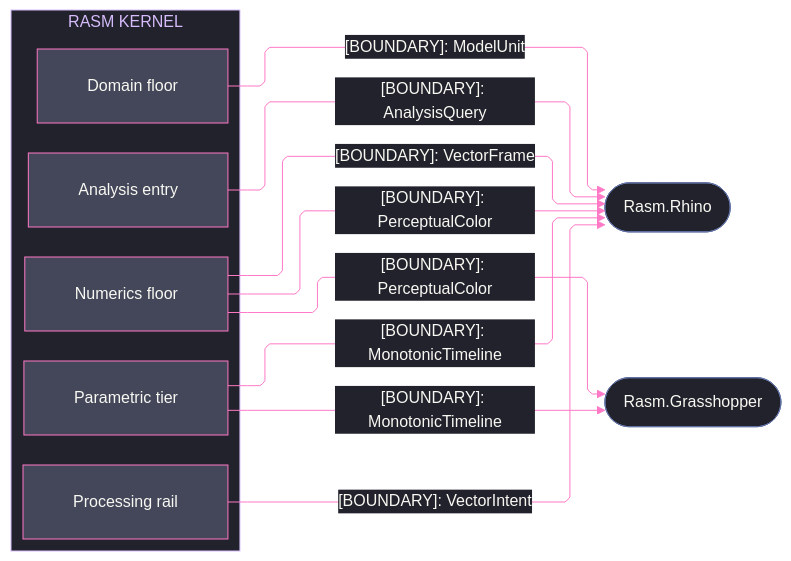
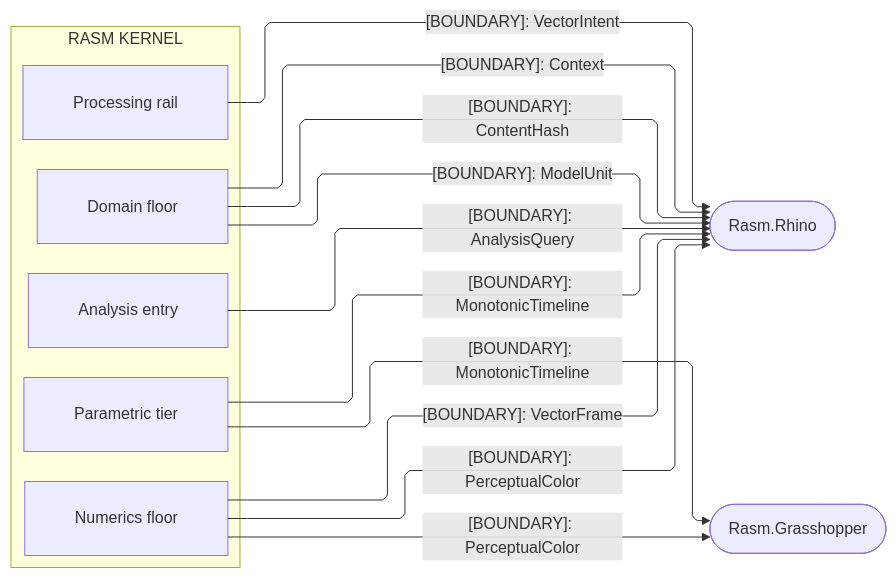
One commit to bsamiee/Rasm changed the fourth of 4 diagrams in libs/csharp/Rasm/ARCHITECTURE.md. Above: the diagram before and after it, drawn with Mermaid. The commit also changed other lines of this file and 460 other files, not shown here.

````diff
--- a/libs/csharp/Rasm/ARCHITECTURE.md
+++ b/libs/csharp/Rasm/ARCHITECTURE.md
@@ -298,54 +212,31 @@
 ```mermaid
 ---
 config:
-  theme: base
-  look: classic
   layout: elk
   flowchart:
     curve: linear
     padding: 25
-  themeVariables:
-    darkMode: true
-    fontFamily: "SF Mono, Menlo, Cascadia Mono, Segoe UI Mono, Consolas, monospace"
-    useGradient: false
-    dropShadow: "none"
-    background: "#282A36"
-    primaryColor: "#44475A"
-    primaryTextColor: "#F8F8F2"
-    primaryBorderColor: "#BD93F9"
-    lineColor: "#FF79C6"
-    textColor: "#F8F8F2"
-    clusterBkg: "#21222C"
-    clusterBorder: "#D6BCFA"
-    edgeLabelBackground: "#21222C"
-    labelBackgroundColor: "#21222C"
-    titleColor: "#D6BCFA"
-  themeCSS: ".nodeLabel{font-size:13px;font-weight:500}.edgeLabel{font-size:12px;font-weight:500}.cluster-label .nodeLabel{font-size:13.5px;font-weight:700;letter-spacing:.08em}.edge-thickness-normal{stroke-width:2px}.edge-thickness-thick{stroke-width:3px}.edge-pattern-dashed,.edge-pattern-dotted{stroke-width:1.5px;stroke-dasharray:4 6}.node rect,.node circle,.node polygon,.node path,.node .outer-path{stroke-width:1.5px;filter:none!important}.cluster rect{stroke-width:1px!important;stroke-dasharray:5 4!important;filter:none!important}.marker path{transform:scale(.8);transform-origin:5px 5px}.marker circle{transform:scale(.48);transform-origin:5px 5px}.edgeLabel rect{transform-box:fill-box;transform-origin:center;transform:scale(1.1,1.2)}"
 ---
 flowchart LR
     accTitle: Kernel host-UI boundary seams
-    accDescr: Kernel sub-domain owners handing frozen-name boundary contracts to the Rhino and Grasshopper host packages, every rail one-way down from the kernel, nodes classed by seam direction.
+    accDescr: Kernel sub-domain owners handing frozen-name boundary contracts to the Rhino and Grasshopper host packages, every rail one-way down from the kernel.
     subgraph rasm[RASM KERNEL]
         Domain[Domain floor]
         Numerics[Numerics floor]
         Parametric[Parametric tier]
         Processing[Processing rail]
         Analysis[Analysis entry]
     end
     Rhino([Rasm.Rhino])
     Grasshopper([Rasm.Grasshopper])
     Numerics e8@-->|"[BOUNDARY]: PerceptualColor"| Rhino
     Numerics e9@-->|"[BOUNDARY]: PerceptualColor"| Grasshopper
+    Domain e16@-->|"[BOUNDARY]: Context"| Rhino
+    Domain e17@-->|"[BOUNDARY]: ContentHash"| Rhino
     Parametric e10@-->|"[BOUNDARY]: MonotonicTimeline"| Rhino
     Parametric e11@-->|"[BOUNDARY]: MonotonicTimeline"| Grasshopper
     Processing e12@-->|"[BOUNDARY]: VectorIntent"| Rhino
     Analysis e13@-->|"[BOUNDARY]: AnalysisQuery"| Rhino
     Domain e14@-->|"[BOUNDARY]: ModelUnit"| Rhino
     Numerics e15@-->|"[BOUNDARY]: VectorFrame"| Rhino
-    classDef primary fill:#44475A,stroke:#FF79C6,color:#F8F8F2
-    classDef annotation fill:#21222C,stroke:#6272A4,color:#F8F8F2
-    classDef edgeControl stroke:#FF79C6,color:#F8F8F2
-    class Domain,Numerics,Parametric,Processing,Analysis primary
-    class Rhino,Grasshopper annotation
-    class e8,e9,e10,e11,e12,e13,e14,e15 edgeControl
 ```
````
